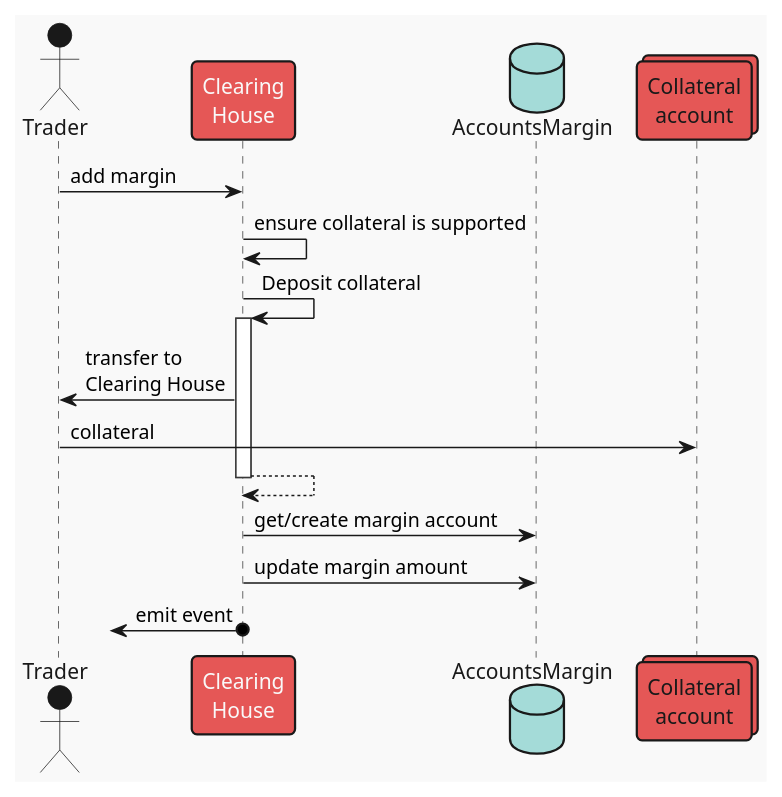
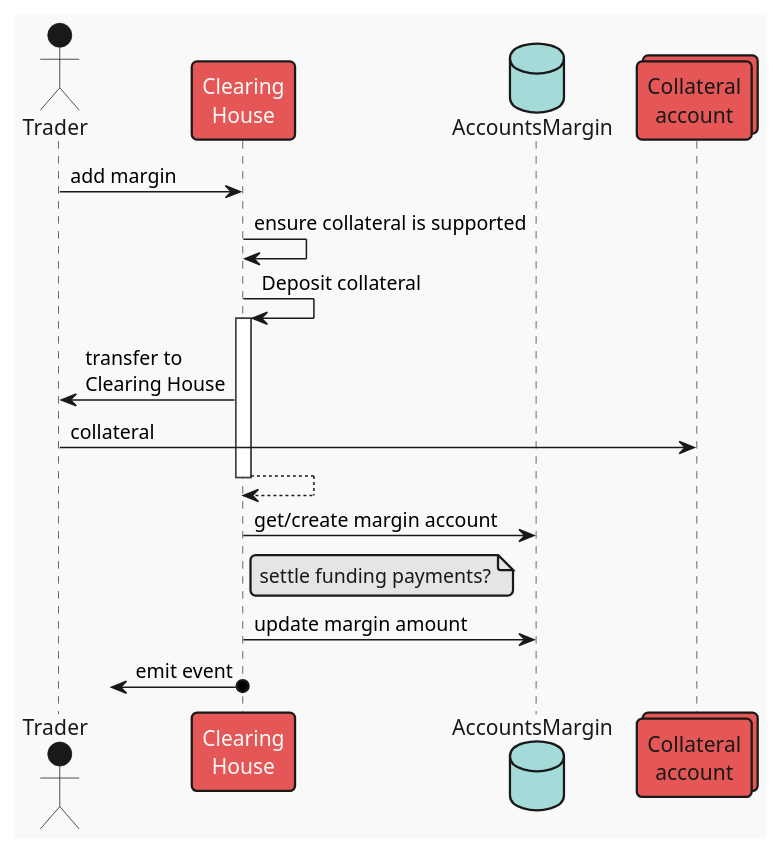
Before and after one commit to ComposableFi/composable: the diagram in frame/clearing-house/diagrams/add-margin.plantuml, drawn with PlantUML.

Commit message:
docs(CH): update add_margin seq diagram

```diff
--- a/frame/clearing-house/diagrams/add-margin.plantuml
+++ b/frame/clearing-house/diagrams/add-margin.plantuml
@@ -1,23 +1,27 @@
 @startuml Add margin
 !theme mars
 
 actor "Trader" as user
 participant "Clearing\nHouse" as CH
 database "AccountsMargin" as CHS
 collections "Collateral\naccount" as Acc
 
 user -> CH : add margin
 
 CH -> CH : ensure collateral is supported
 
 CH -> CH ++: Deposit collateral
     CH -> user : transfer to\nClearing House
     user -> Acc : collateral
 return
 
 CH -> CHS : get/create margin account
 
+note right CH
+settle funding payments?
+end note
+
 CH -> CHS : update margin amount
 
 ?<-o CH : emit event
 @enduml
```
